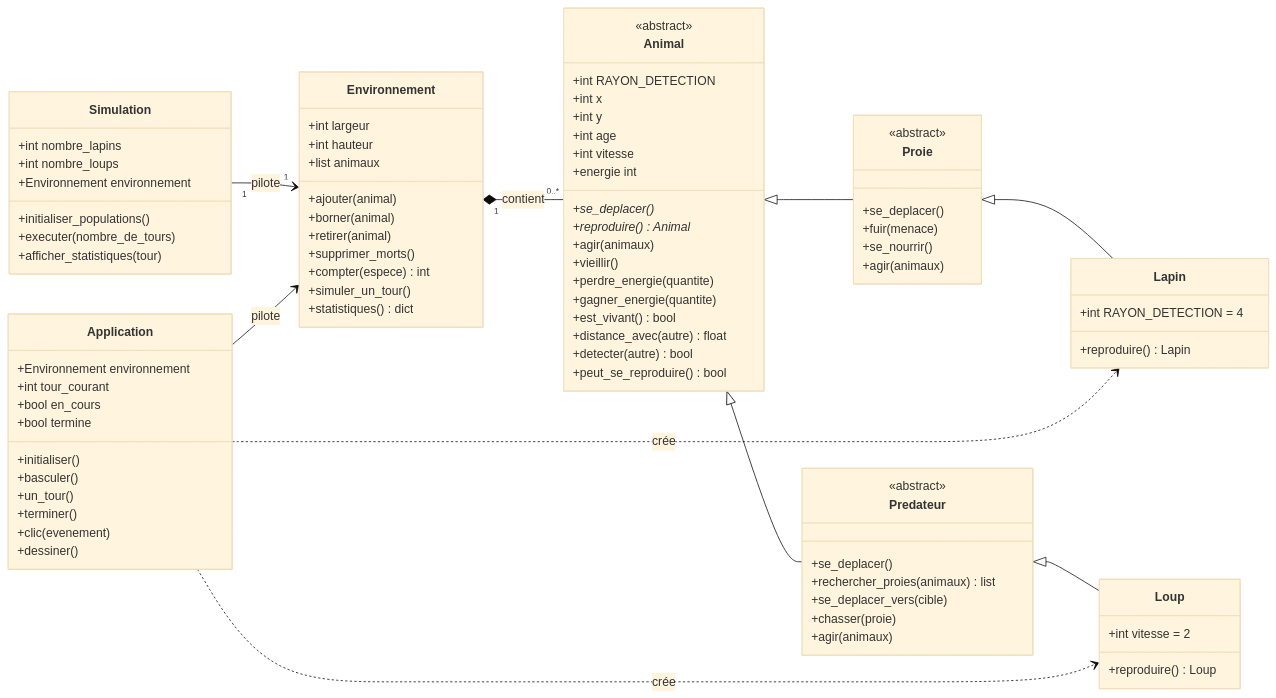
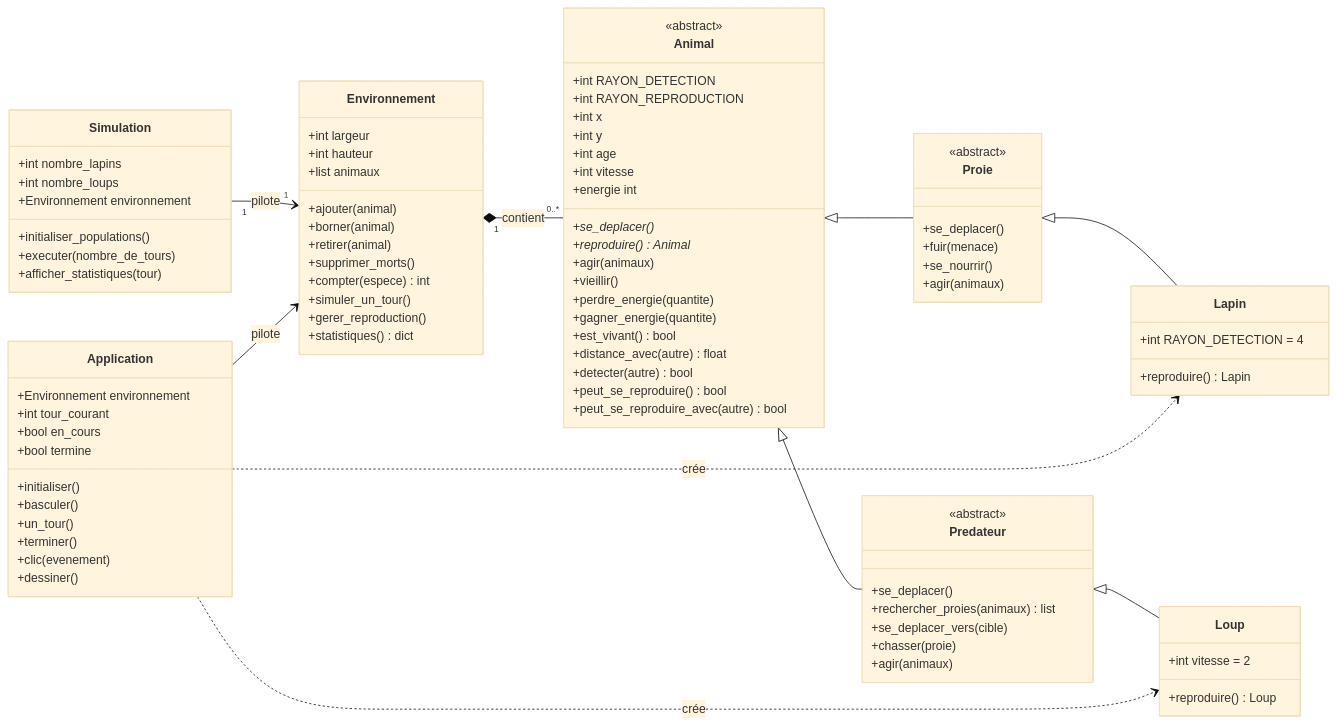
One commit to hmty-CHEN/POO-TP1 changed the third of 3 diagrams in rapport.md. Above: the diagram before and after it, drawn with Mermaid (base theme). The commit also changed other lines of this file and 3 other files, not shown here.

```diff
--- a/rapport.md
+++ b/rapport.md
@@ -156,6 +180,7 @@
     class Animal {
         <<abstract>>
         +int RAYON_DETECTION
+        +int RAYON_REPRODUCTION
         +int x
         +int y
         +int age
@@ -171,6 +196,7 @@
         +distance_avec(autre) float
         +detecter(autre) bool
         +peut_se_reproduire() bool
+        +peut_se_reproduire_avec(autre) bool
     }
 
     class Proie {
@@ -210,6 +236,7 @@
         +supprimer_morts()
         +compter(espece) int
         +simuler_un_tour()
+        +gerer_reproduction()
         +statistiques() dict
     }
 
```
